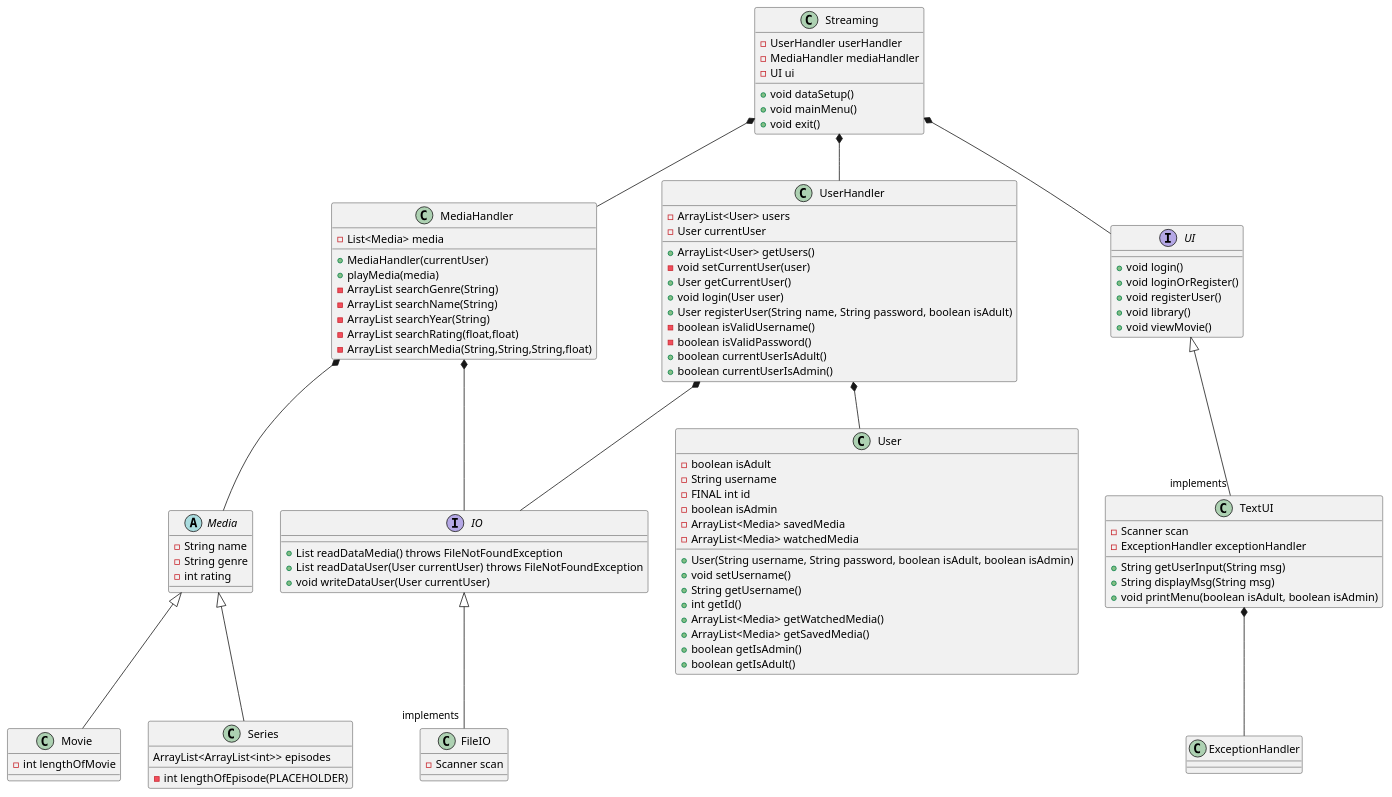
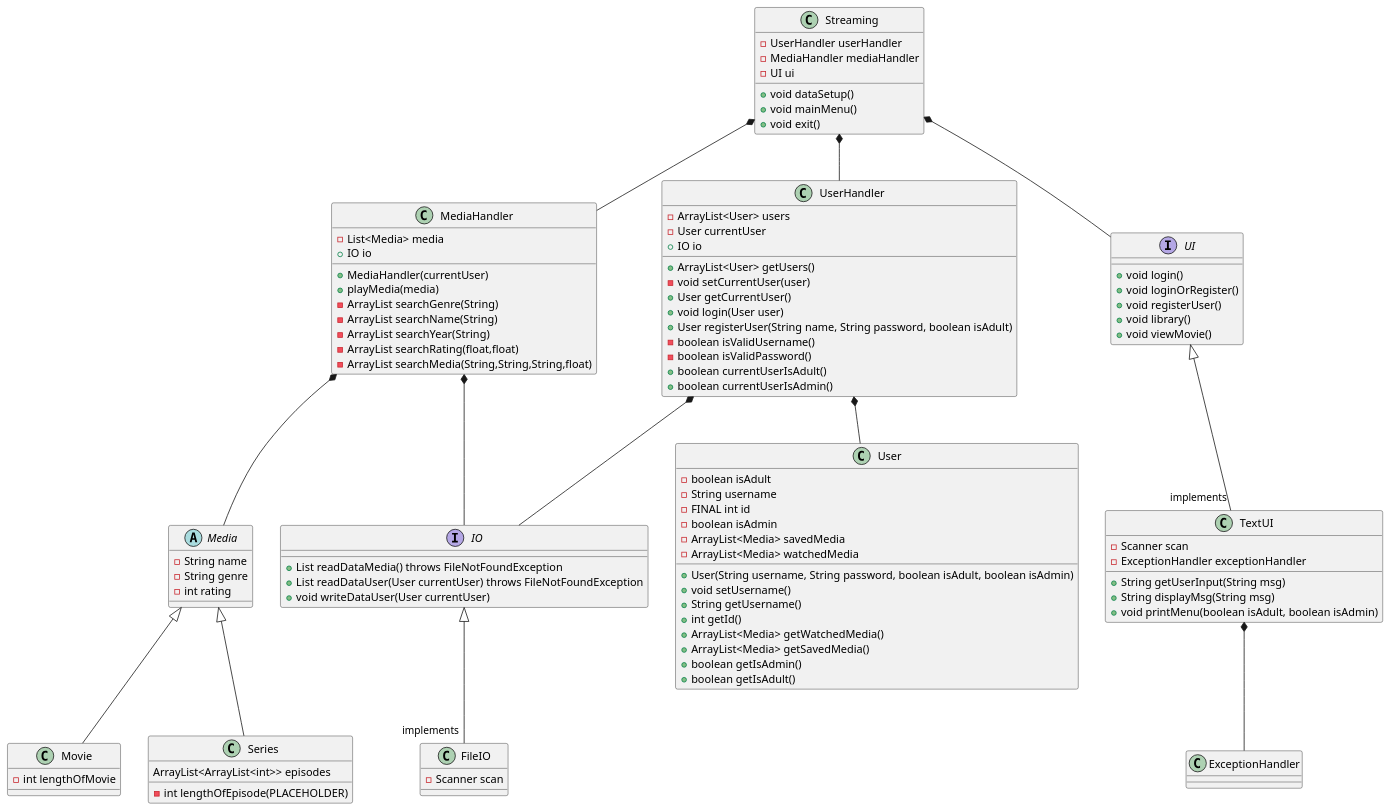
One commit to Ghostz-Games/SP3---Streamingtjeneste---Gruppe-B---2023 changed the diagram in SP3 - Streaming Tjeneste/Documentation/ClassDiagram.puml. Above: the diagram before and after it, drawn with PlantUML. The commit also changed 21 other files, not shown here.

```diff
--- a/SP3 - Streaming Tjeneste/Documentation/ClassDiagram.puml
+++ b/SP3 - Streaming Tjeneste/Documentation/ClassDiagram.puml
@@ -1,111 +1,114 @@
 @startuml
 'https://plantuml.com/class-diagram
 
 class Streaming
 class MediaHandler
 abstract class Media
 class Movie
 class Series
 class UserHandler
 class FileIO
 interface IO
 interface UI
 class TextUI
 class ExceptionHandler
 class User
 
 
 
 Streaming *-- UserHandler
 UserHandler *-- User
 Streaming *-- MediaHandler
 MediaHandler *-- Media
 Media <|--  Movie
 Media <|--  Series
 
 IO <|-- "implements" FileIO
 UI <|-- "implements" TextUI
 TextUI *-- ExceptionHandler
 UserHandler *-- IO
 MediaHandler *-- IO
 '''Streaming *-- IO
 Streaming *-- UI
 
 UserHandler : + ArrayList<User> getUsers()
 UserHandler : - void setCurrentUser(user)
 UserHandler : + User getCurrentUser()
 UserHandler : - ArrayList<User> users
 UserHandler : - User currentUser
 UserHandler : + void login(User user)
 UserHandler : + User registerUser(String name, String password, boolean isAdult)
 UserHandler : - boolean isValidUsername()
 UserHandler : - boolean isValidPassword()
 UserHandler : + boolean currentUserIsAdult()
 UserHandler : + boolean currentUserIsAdmin()
+UserHandler : + IO io
 
 User : - boolean isAdult
 User : - String username
 User : - FINAL int id
 User : - boolean isAdmin
 User : - ArrayList<Media> savedMedia
 User : - ArrayList<Media> watchedMedia
 User : + User(String username, String password, boolean isAdult, boolean isAdmin)
 User : + void setUsername()
 User : + String getUsername()
 User : + int getId()
 User : + ArrayList<Media> getWatchedMedia()
 User : + ArrayList<Media> getSavedMedia()
 User : + boolean getIsAdmin()
 User : + boolean getIsAdult()
 
 MediaHandler : +MediaHandler(currentUser)
 MediaHandler : - List<Media> media
 MediaHandler : + playMedia(media)
+MediaHandler : + IO io
+
 
 Streaming : - UserHandler userHandler
 Streaming : - MediaHandler mediaHandler
 Streaming : - UI ui
 '''Streaming : - IO io
 Streaming : + void dataSetup()
 Streaming : + void mainMenu()
 Streaming : + void exit()
 
 TextUI : - Scanner scan
 TextUI : + String getUserInput(String msg)
 TextUI : + String displayMsg(String msg)
 TextUI : + void printMenu(boolean isAdult, boolean isAdmin)
 TextUI : - ExceptionHandler exceptionHandler
 
 
 IO : + List readDataMedia() throws FileNotFoundException
 IO : + List readDataUser(User currentUser) throws FileNotFoundException
 IO : + void writeDataUser(User currentUser)
 
 UI : + void login()
 UI : + void loginOrRegister()
 UI : + void registerUser()
 UI : + void library()
 UI : + void viewMovie()
 
 FileIO : - Scanner scan
 
 
 MediaHandler : - ArrayList searchGenre(String)
 MediaHandler : - ArrayList searchName(String)
 MediaHandler : - ArrayList searchYear(String)
 MediaHandler : - ArrayList searchRating(float,float)
 MediaHandler : - ArrayList searchMedia(String,String,String,float)
 
 Media : - String name
 Media : - String genre
 Media : - int rating
 
 Series : ArrayList<ArrayList<int>> episodes
 
 Movie : - int lengthOfMovie
 
 Series : - int lengthOfEpisode(PLACEHOLDER)
 
 
 
 @enduml
```
